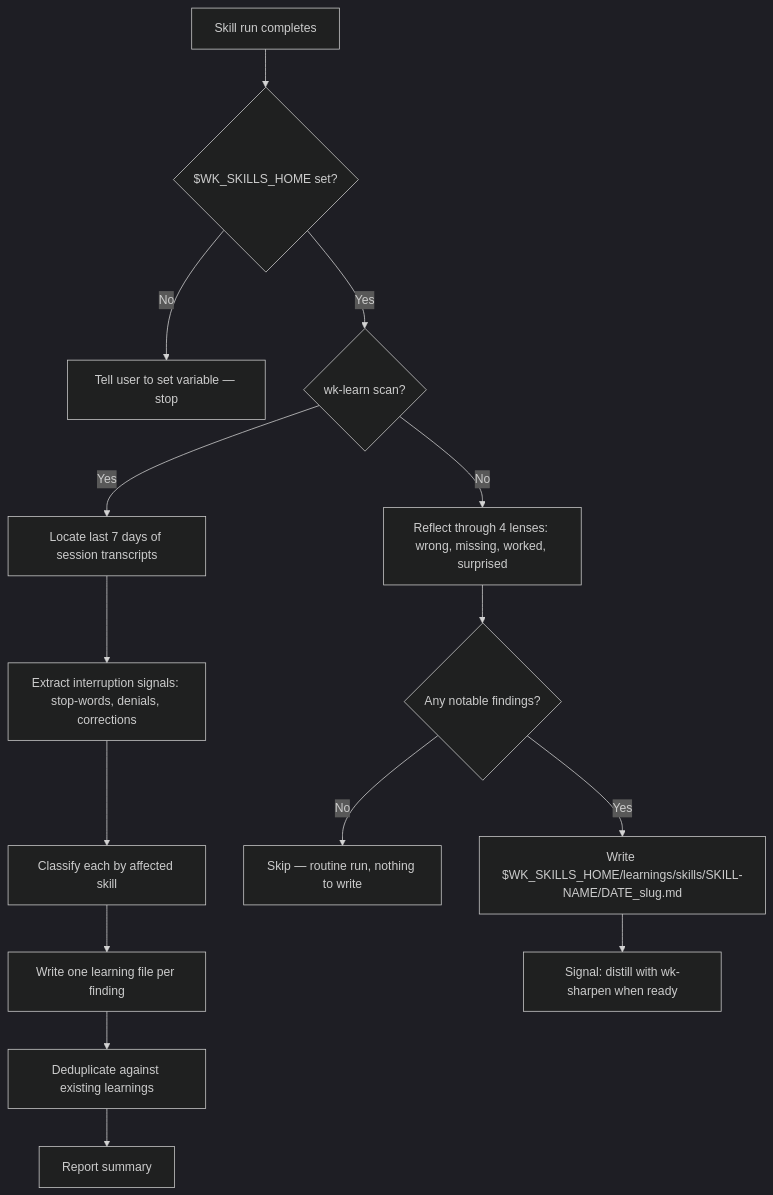
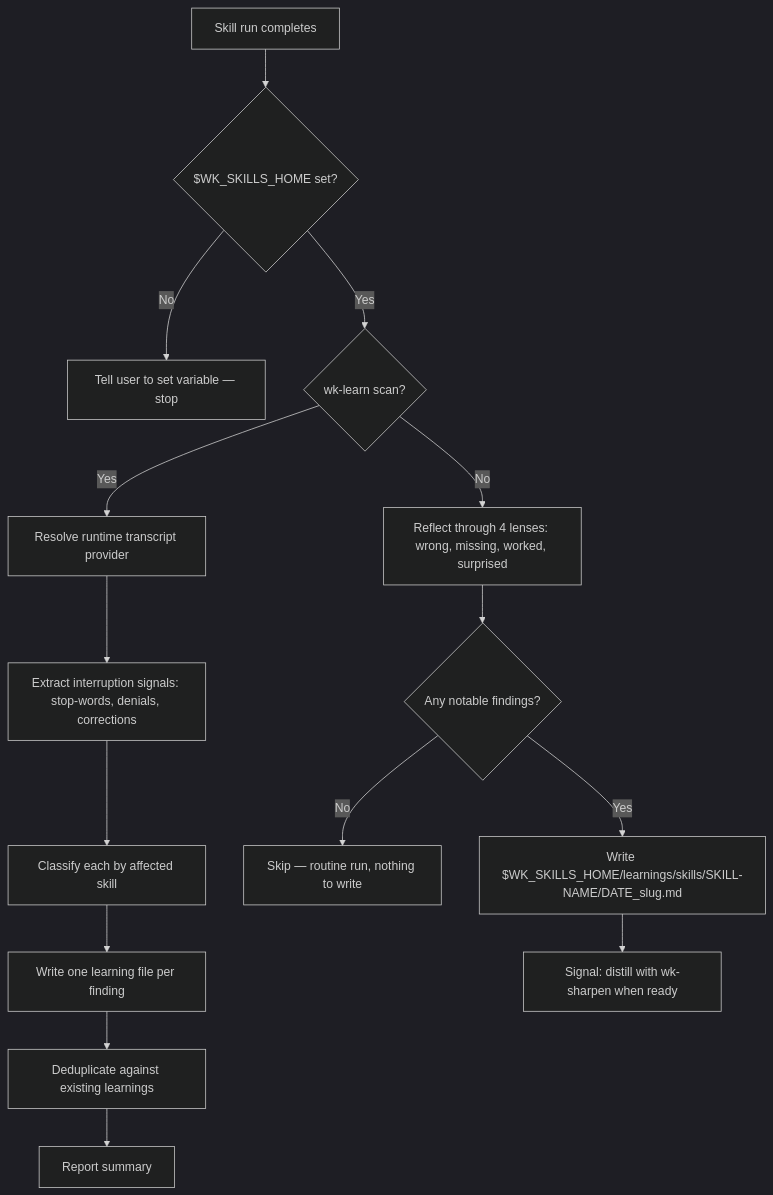
Before and after one commit to whizzzkid/skills: the diagram in skills/learn/README.md, drawn with Mermaid (dark theme). The commit also changed other lines of this file and 3 other files, not shown here.

First line of the commit message:
fix(learn): 🛡️ select runtime-aware transcripts

````diff
--- a/skills/learn/README.md
+++ b/skills/learn/README.md
@@ -16,18 +16,18 @@
 ```mermaid
 flowchart TD
     A[Skill run completes] --> B{$WK_SKILLS_HOME set?}
     B -- No --> C[Tell user to set variable — stop]
     B -- Yes --> D{wk-learn scan?}
-    D -- Yes --> E[Locate last 7 days of session transcripts]
+    D -- Yes --> E[Resolve runtime transcript provider]
     E --> F[Extract interruption signals: stop-words, denials, corrections]
     F --> G[Classify each by affected skill]
     G --> H[Write one learning file per finding]
     D -- No --> I[Reflect through 4 lenses: wrong, missing, worked, surprised]
     I --> J{Any notable findings?}
     J -- No --> K[Skip — routine run, nothing to write]
     J -- Yes --> L[Write $WK_SKILLS_HOME/learnings/skills/SKILL-NAME/DATE_slug.md]
     H --> M[Deduplicate against existing learnings]
     M --> N[Report summary]
     L --> O[Signal: distill with wk-sharpen when ready]
     click O href "https://github.com/whizzzkid/skills/blob/main/skills/sharpen/README.md" _blank
 ```
````
